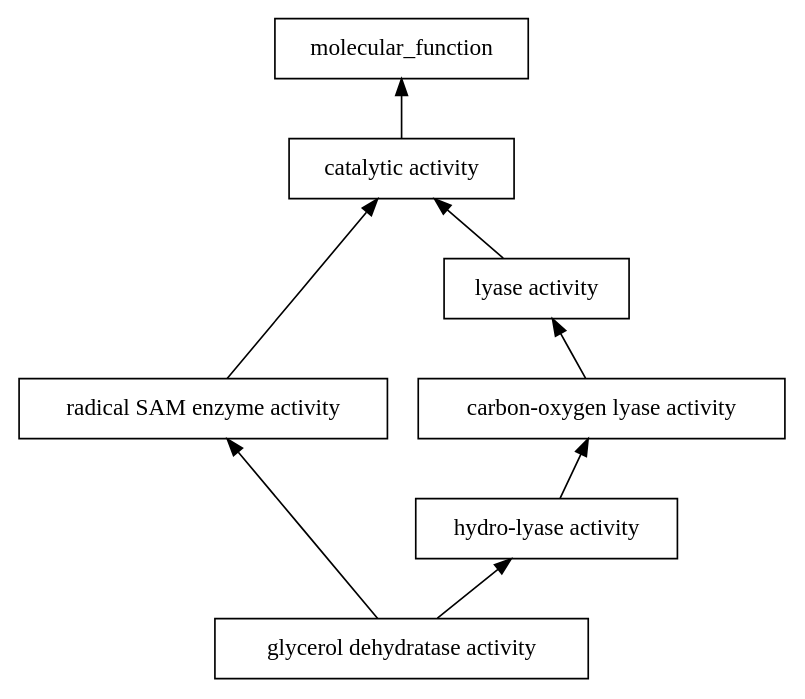
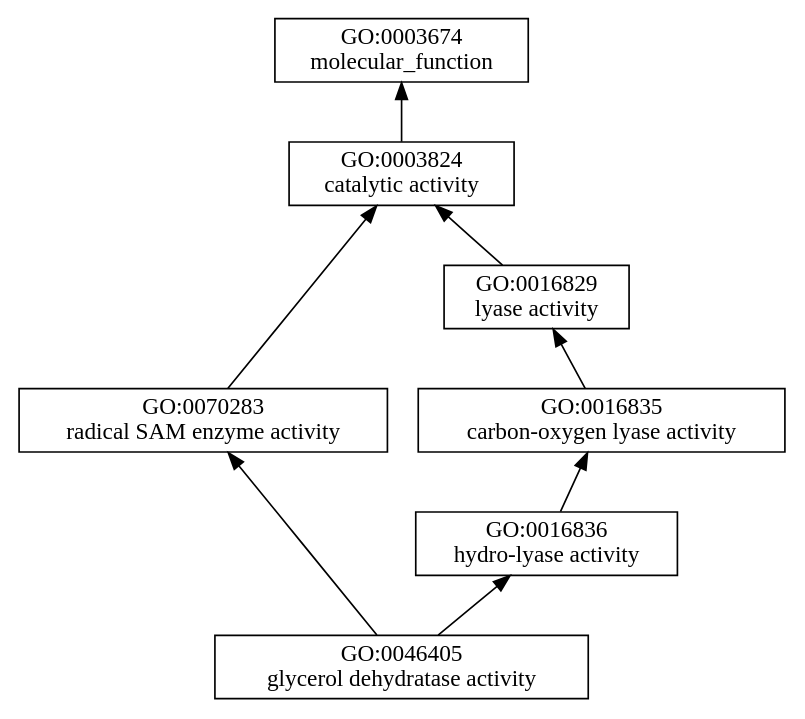
The diagram in gene.ontology/toto.dot (matthieu-bruneaux/mb-python-seq-utils), drawn with Graphviz before and after one commit. The commit also changed 2 other files, not shown here.

Commit message:
Modify method to have both GO ids and names in the graph

```diff
--- a/gene.ontology/toto.dot
+++ b/gene.ontology/toto.dot
@@ -1,17 +1,17 @@
 digraph G {
     rankdir=BT
     label0 -> label1;
     label1 -> label2;
     label3 -> label0;
     label4 -> label1;
     label5 -> label4;
     label5 -> label6;
     label6 -> label3;
-    label3 [shape=box, label="carbon-oxygen lyase activity"];
-    label5 [shape=box, label="glycerol dehydratase activity"];
-    label1 [shape=box, label="catalytic activity"];
-    label6 [shape=box, label="hydro-lyase activity"];
-    label2 [shape=box, label="molecular_function"];
-    label0 [shape=box, label="lyase activity"];
-    label4 [shape=box, label="radical SAM enzyme activity"];
+    label2 [shape=box, label="GO:0003674\nmolecular_function"];
+    label5 [shape=box, label="GO:0046405\nglycerol dehydratase activity"];
+    label4 [shape=box, label="GO:0070283\nradical SAM enzyme activity"];
+    label6 [shape=box, label="GO:0016836\nhydro-lyase activity"];
+    label3 [shape=box, label="GO:0016835\ncarbon-oxygen lyase activity"];
+    label0 [shape=box, label="GO:0016829\nlyase activity"];
+    label1 [shape=box, label="GO:0003824\ncatalytic activity"];
 }
```
